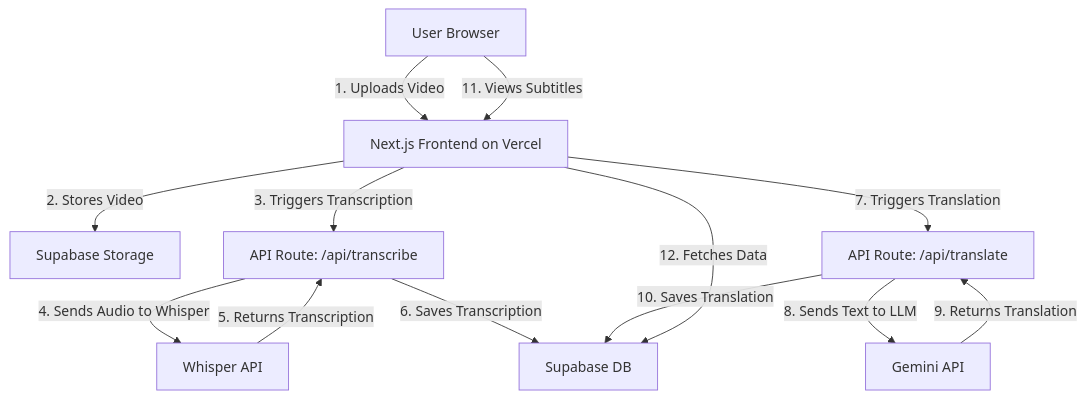
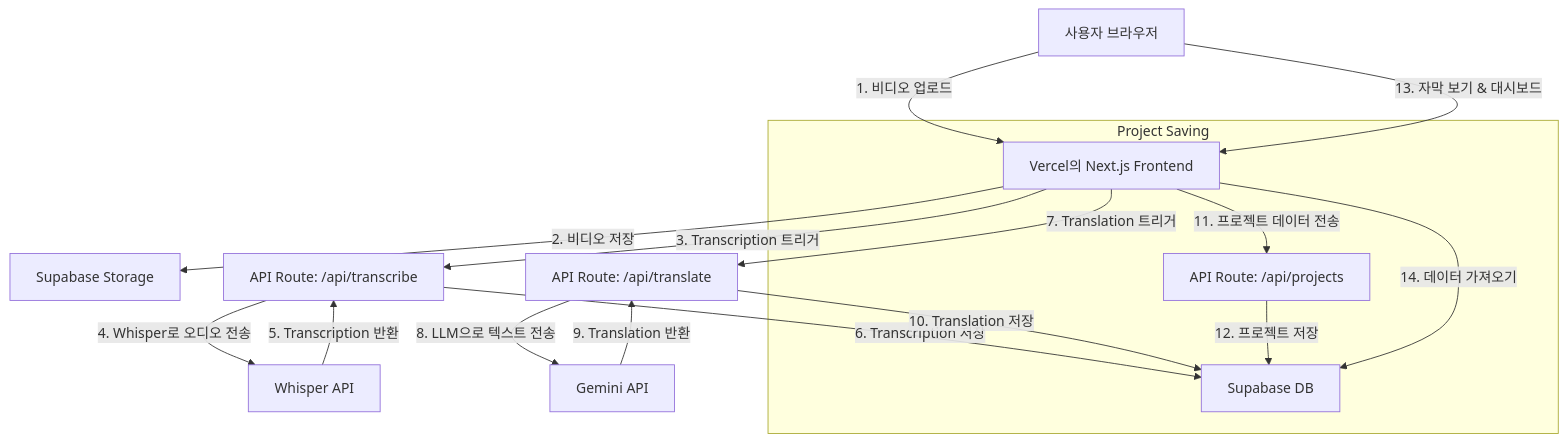
One commit to cartmantft/sub-translate changed the diagram in memory-bank/systemPatterns.md. Above: the diagram before and after it, drawn with Mermaid. The commit also changed other lines of this file and 23 other files, not shown here.

Commit message:
feat: Implement core features & fix RLS. Refactor project saving to API route and enhance UI.

````diff
--- a/memory-bank/systemPatterns.md
+++ b/memory-bank/systemPatterns.md
@@ -7,18 +7,22 @@
 ```mermaid
 graph TD
-    User[User Browser] -->|1. Uploads Video| FE[Next.js Frontend on Vercel];
-    FE -->|2. Stores Video| SB_Storage[Supabase Storage];
-    FE -->|3. Triggers Transcription| API_T[API Route: /api/transcribe];
-    API_T -->|4. Sends Audio to Whisper| Whisper[Whisper API];
-    Whisper -->|5. Returns Transcription| API_T;
-    API_T -->|6. Saves Transcription| SB_DB[Supabase DB];
+    User[사용자 브라우저] -->|1. 비디오 업로드| FE[Vercel의 Next.js Frontend];
+    FE -->|2. 비디오 저장| SB_Storage[Supabase Storage];
+    FE -->|3. Transcription 트리거| API_T[API Route: /api/transcribe];
+    API_T -->|4. Whisper로 오디오 전송| Whisper[Whisper API];
+    Whisper -->|5. Transcription 반환| API_T;
+    API_T -->|6. Transcription 저장| SB_DB[Supabase DB];
 
-    FE -->|7. Triggers Translation| API_Tr[API Route: /api/translate];
-    API_Tr -->|8. Sends Text to LLM| Gemini[Gemini API];
-    Gemini -->|9. Returns Translation| API_Tr;
-    API_Tr -->|10. Saves Translation| SB_DB;
+    FE -->|7. Translation 트리거| API_Tr[API Route: /api/translate];
+    API_Tr -->|8. LLM으로 텍스트 전송| Gemini[Gemini API];
+    Gemini -->|9. Translation 반환| API_Tr;
+    API_Tr -->|10. Translation 저장| SB_DB;
 
-    User -->|11. Views Subtitles| FE;
-    FE -->|12. Fetches Data| SB_DB;
+    subgraph Project Saving
+        FE -->|11. 프로젝트 데이터 전송| API_P[API Route: /api/projects];
+        API_P -->|12. 프로젝트 저장| SB_DB;
+    end
 
+    User -->|13. 자막 보기 & 대시보드| FE;
+    FE -->|14. 데이터 가져오기| SB_DB;
 ```
````
